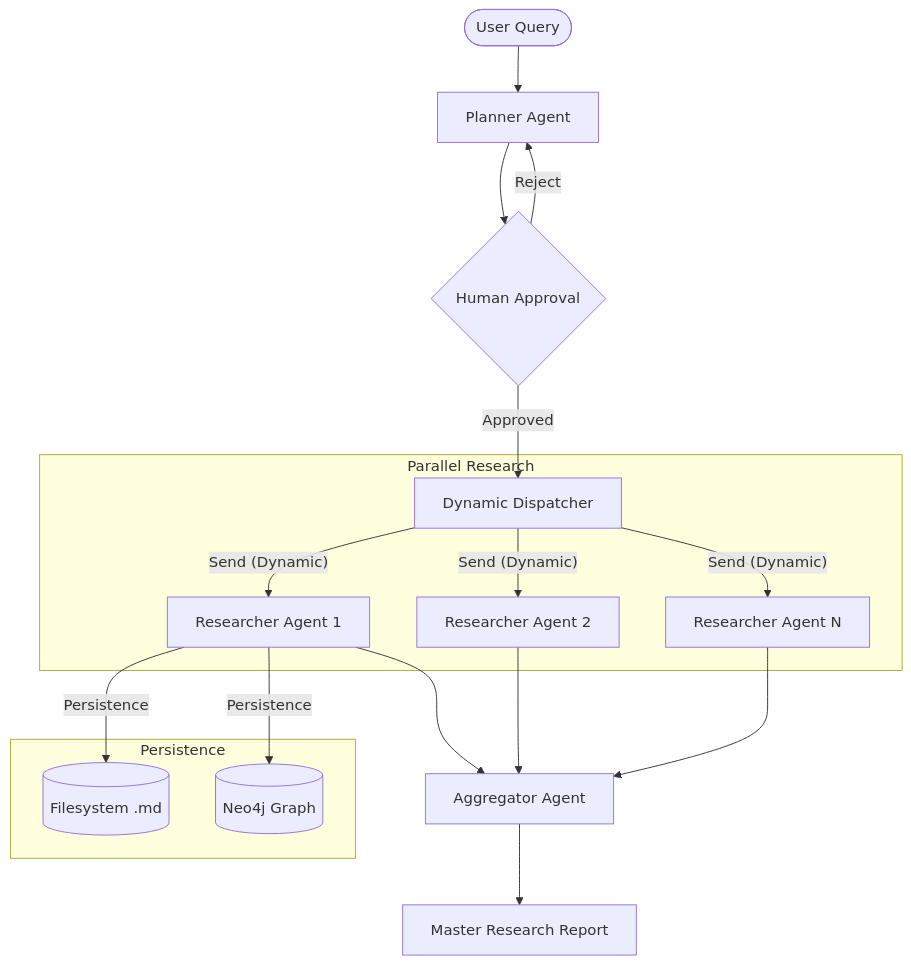
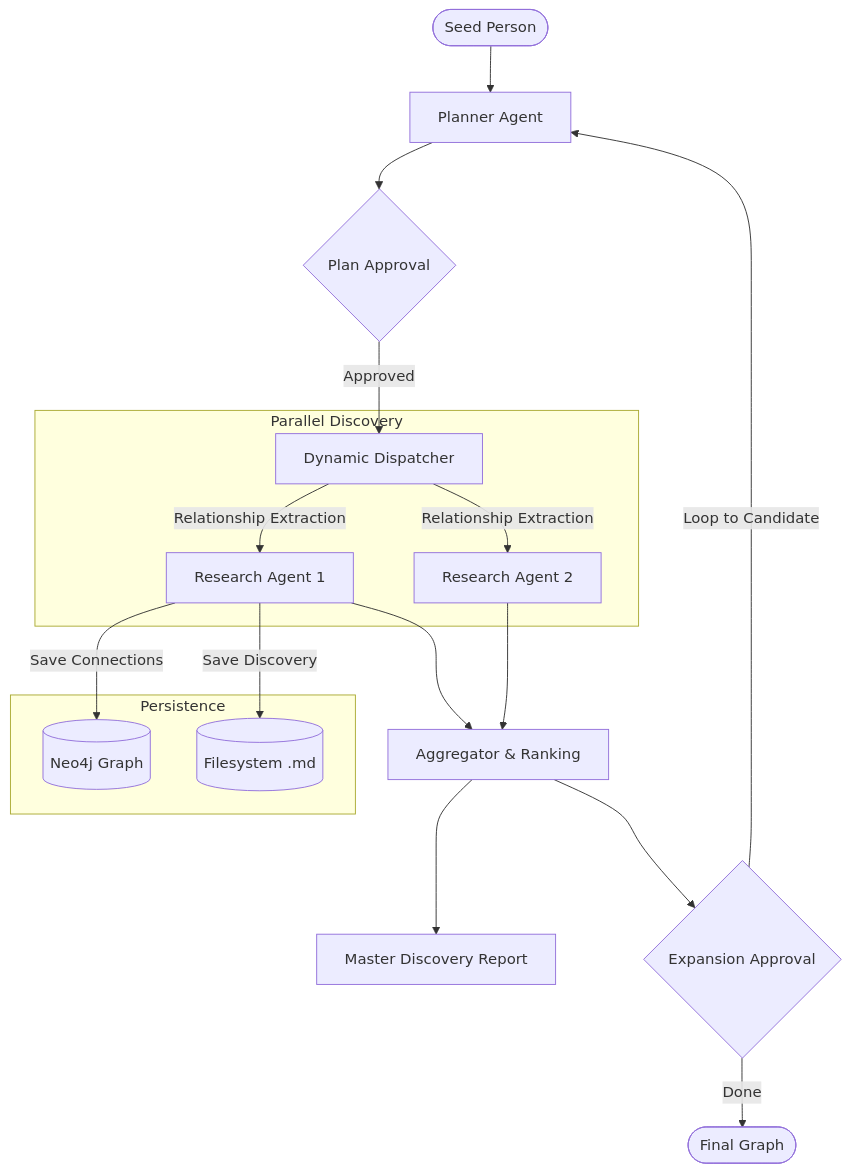
Before and after one commit to benchenuk/sandbox.margre: the diagram in README.md, drawn with Mermaid. The commit also changed other lines of this file and 1 other file, not shown here.

````diff
--- a/README.md
+++ b/README.md
@@ -9,24 +9,24 @@
 ```mermaid
 graph TD
-    User([User Query]) --> Planner[Planner Agent]
-    Planner --> HITL{Human Approval}
-    HITL -- Approved --> Dispatch[Dynamic Dispatcher]
-    HITL -- Reject --> Planner
+    User([Seed Person]) --> Planner[Planner Agent]
+    Planner --> PlanReview{Plan Approval}
+    PlanReview -- Approved --> Dispatch[Dynamic Dispatcher]
     
-    subgraph Parallel Research
-        Dispatch -- "Send (Dynamic)" --> RA1[Researcher Agent 1]
-        Dispatch -- "Send (Dynamic)" --> RA2[Researcher Agent 2]
-        Dispatch -- "Send (Dynamic)" --> RAN[Researcher Agent N]
+    subgraph Parallel Discovery
+        Dispatch -- "Relationship Extraction" --> RA1[Research Agent 1]
+        Dispatch -- "Relationship Extraction" --> RA2[Research Agent 2]
     end
     
-    RA1 --> Aggregator[Aggregator Agent]
+    RA1 --> Aggregator[Aggregator & Ranking]
     RA2 --> Aggregator
-    RAN --> Aggregator
     
-    Aggregator --> Output[Master Research Report]
+    Aggregator --> Output[Master Discovery Report]
+    Aggregator --> ExpansionReview{Expansion Approval}
+    ExpansionReview -- "Loop to Candidate" --> Planner
+    ExpansionReview -- "Done" --> End([Final Graph])
     
     subgraph Persistence
-        RA1 -- Persistence --> MD[(Filesystem .md)]
-        RA1 -- Persistence --> GDB[(Neo4j Graph)]
+        RA1 -- "Save Connections" --> GDB[(Neo4j Graph)]
+        RA1 -- "Save Discovery" --> MD[(Filesystem .md)]
     end
 ```
````
